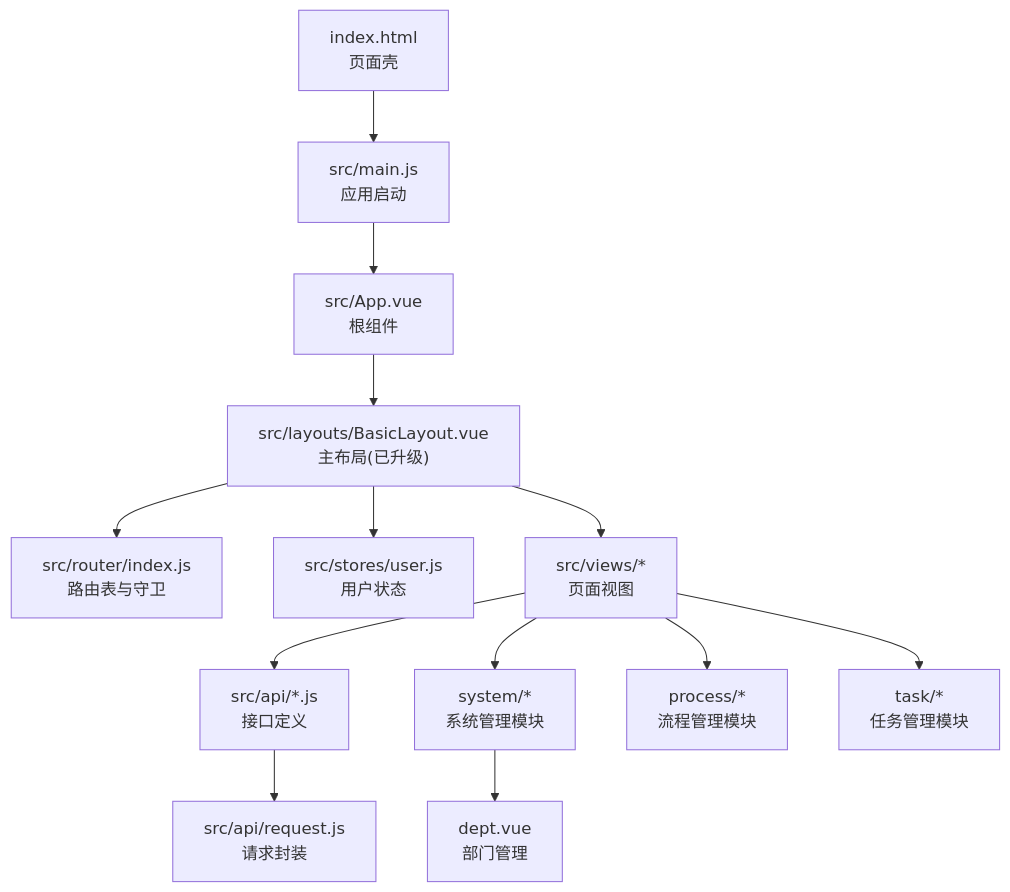
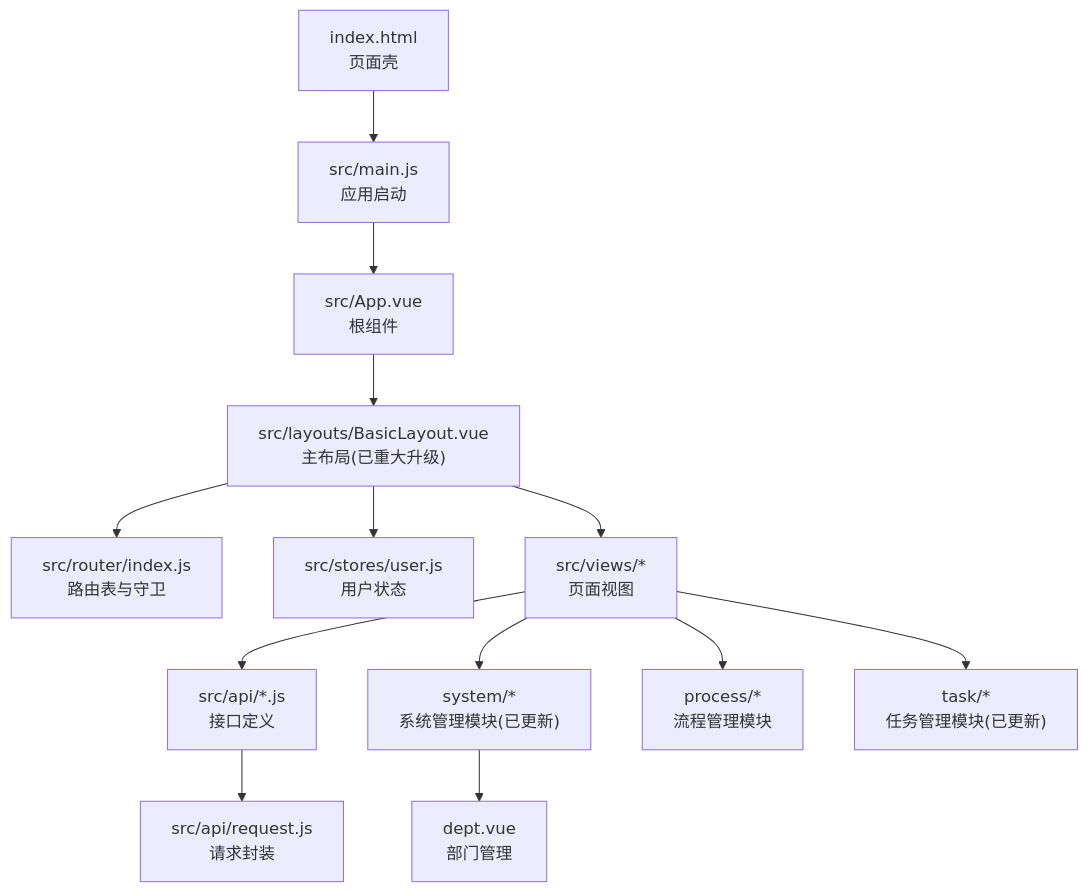
One commit to liming-lihaini/workflow changed the first of 7 diagrams in .qoder/repowiki/zh/content/用户界面设计/管理后台架构.md. Above: the diagram before and after it, drawn with Mermaid. The commit also changed other lines of this file and 9 other files, not shown here.

````diff
--- a/.qoder/repowiki/zh/content/用户界面设计/管理后台架构.md
+++ b/.qoder/repowiki/zh/content/用户界面设计/管理后台架构.md
@@ -58,15 +59,15 @@
 ```mermaid
 graph TB
 A["index.html<br/>页面壳"] --> B["src/main.js<br/>应用启动"]
 B --> C["src/App.vue<br/>根组件"]
-C --> D["src/layouts/BasicLayout.vue<br/>主布局(已升级)"]
+C --> D["src/layouts/BasicLayout.vue<br/>主布局(已重大升级)"]
 D --> E["src/router/index.js<br/>路由表与守卫"]
 D --> F["src/stores/user.js<br/>用户状态"]
 D --> G["src/views/*<br/>页面视图"]
 G --> H["src/api/*.js<br/>接口定义"]
 H --> I["src/api/request.js<br/>请求封装"]
-G --> J["system/*<br/>系统管理模块"]
+G --> J["system/*<br/>系统管理模块(已更新)"]
 J --> K["dept.vue<br/>部门管理"]
 G --> L["process/*<br/>流程管理模块"]
-G --> M["task/*<br/>任务管理模块"]
+G --> M["task/*<br/>任务管理模块(已更新)"]
 ```
````
